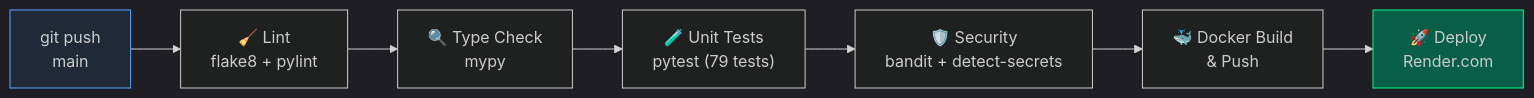
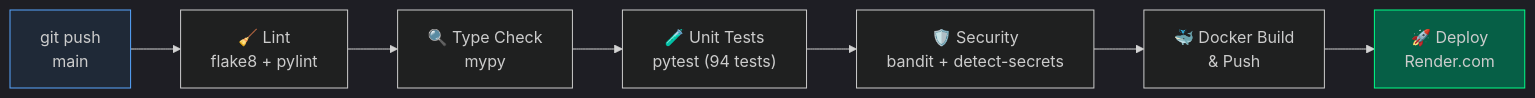
Before and after one commit to Lutvunenko-Dmutro/EnergyMonitor-OLAP: the second of 2 diagrams in docs/ARCHITECTURE.md, drawn with Mermaid. The commit also changed other lines of this file and 15 other files, not shown here.

````diff
--- a/docs/ARCHITECTURE.md
+++ b/docs/ARCHITECTURE.md
@@ -141,13 +141,13 @@
 ```mermaid
 %%{init: {'theme': 'dark'}}%%
 flowchart LR
     Push["git push\nmain"] --> Lint["🧹 Lint\nflake8 + pylint"]
     Lint --> Types["🔍 Type Check\nmypy"]
-    Types --> Tests["🧪 Unit Tests\npytest (79 tests)"]
+    Types --> Tests["🧪 Unit Tests\npytest (94 tests)"]
     Tests --> Security["🛡️ Security\nbandit + detect-secrets"]
     Security --> Docker["🐳 Docker Build\n& Push"]
     Docker --> Deploy["🚀 Deploy\nRender.com"]
 
     style Push fill:#1f2937,stroke:#58a6ff
     style Deploy fill:#065f46,stroke:#00ff88
 ```
````
